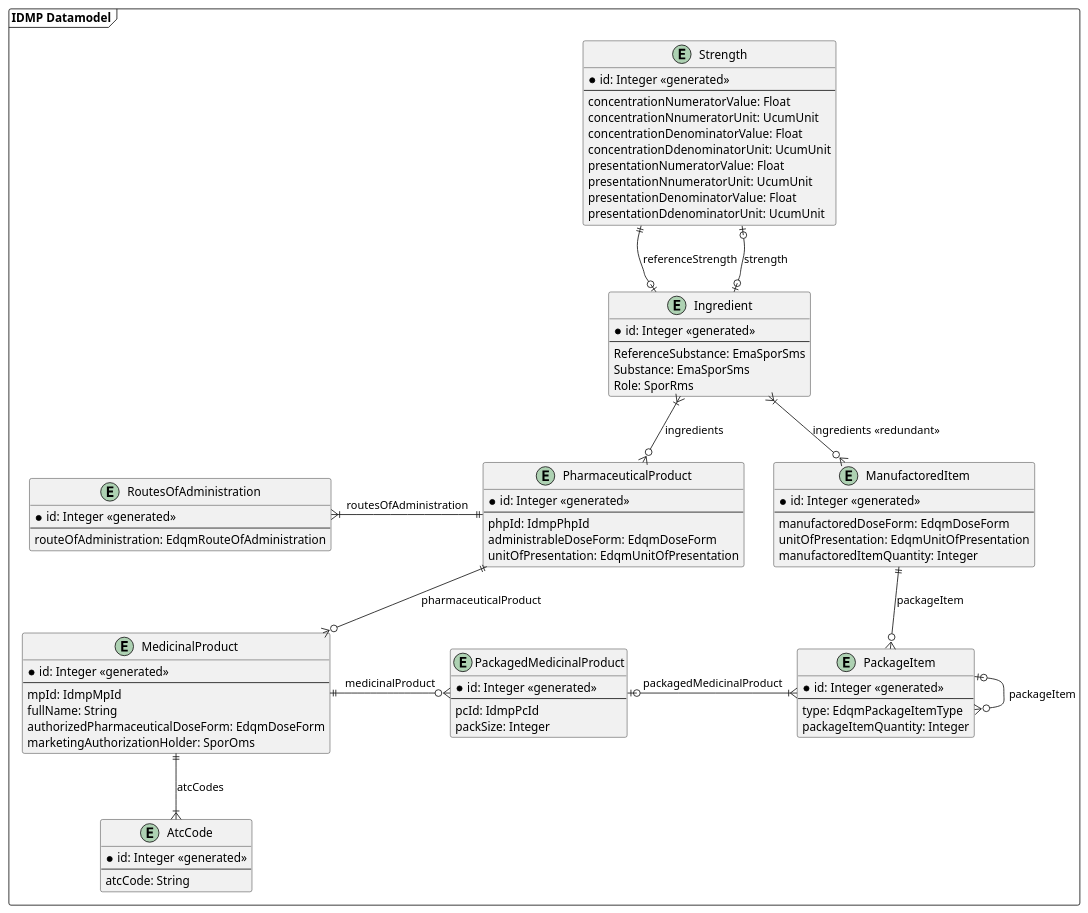
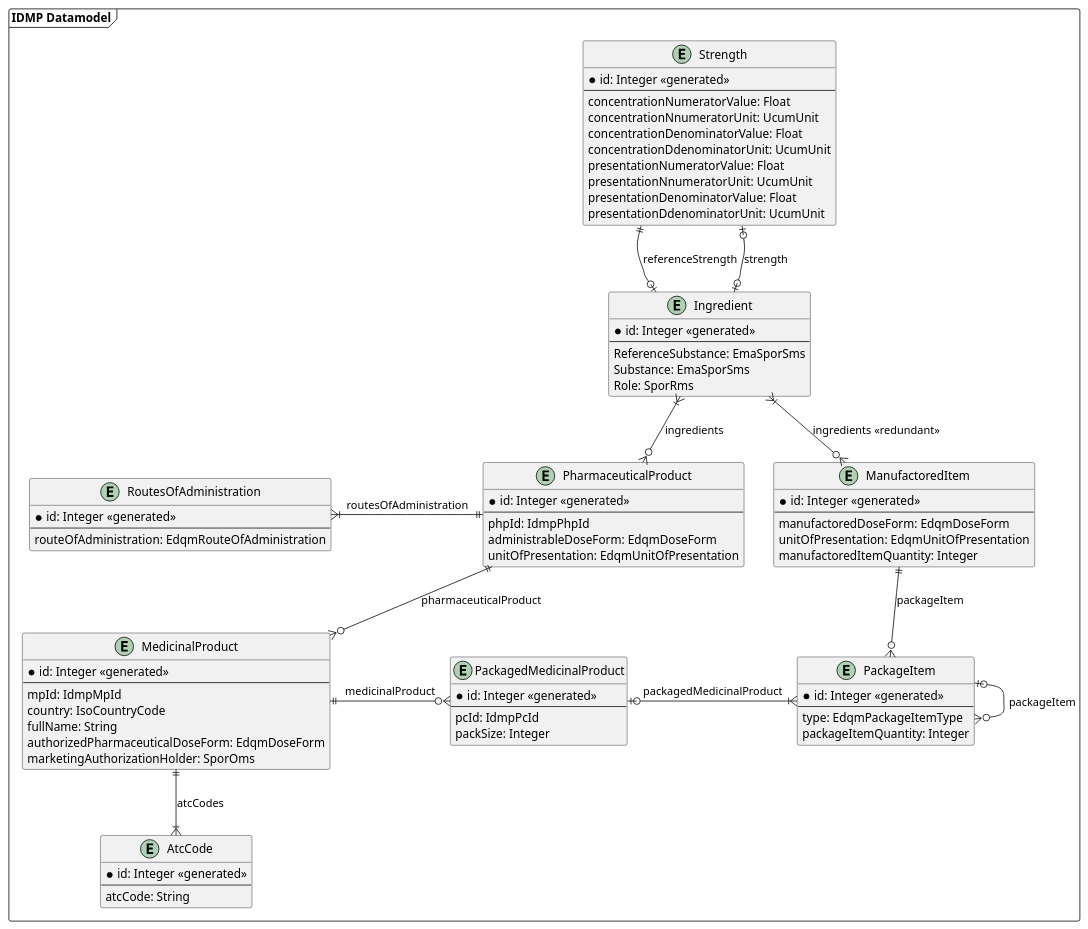
One commit to unicom-project-eu/wp6-db-api changed the diagram in uml/class/datamodelRedesigned.puml. Above: the diagram before and after it, drawn with PlantUML.

Commit message:
Added country to MedicinalProduct

```diff
--- a/uml/class/datamodelRedesigned.puml
+++ b/uml/class/datamodelRedesigned.puml
@@ -1,95 +1,96 @@
 @startuml
 'https://plantuml.com/class-diagram
 
 package "IDMP Datamodel" as idmpDatamodel <<frame>> {
     entity Strength {
         * id: Integer <<generated>>
         --
         concentrationNumeratorValue: Float
         concentrationNnumeratorUnit: UcumUnit
         concentrationDenominatorValue: Float
         concentrationDdenominatorUnit: UcumUnit
         presentationNumeratorValue: Float
         presentationNnumeratorUnit: UcumUnit
         presentationDenominatorValue: Float
         presentationDdenominatorUnit: UcumUnit
     }
 
     entity Ingredient {
         * id: Integer <<generated>>
         --
         ReferenceSubstance: EmaSporSms
         Substance: EmaSporSms
         Role: SporRms
     }
 
     together {
         entity RoutesOfAdministration {
             * id: Integer <<generated>>
             --
             routeOfAdministration: EdqmRouteOfAdministration
         }
 
         entity PharmaceuticalProduct {
             * id: Integer <<generated>>
             --
             phpId: IdmpPhpId
             administrableDoseForm: EdqmDoseForm
             unitOfPresentation: EdqmUnitOfPresentation
         }
     }
 
     entity MedicinalProduct {
         * id: Integer <<generated>>
         --
         mpId: IdmpMpId
+        country: IsoCountryCode
         fullName: String
         authorizedPharmaceuticalDoseForm: EdqmDoseForm
         marketingAuthorizationHolder: SporOms
     }
 
     entity AtcCode {
         * id: Integer <<generated>>
         --
         atcCode: String
     }
 
     entity PackagedMedicinalProduct {
         * id: Integer <<generated>>
         --
         pcId: IdmpPcId
         packSize: Integer
     }
 
     entity PackageItem {
         * id: Integer <<generated>>
         --
         type: EdqmPackageItemType
         packageItemQuantity: Integer
     }
 
     entity ManufactoredItem {
         * id: Integer <<generated>>
         --
         manufactoredDoseForm: EdqmDoseForm
         unitOfPresentation: EdqmUnitOfPresentation
         manufactoredItemQuantity: Integer
     }
 
     MedicinalProduct ||--|{ AtcCode : "atcCodes"
 
     Strength ||--o| Ingredient : "referenceStrength"
     Strength |o--o| Ingredient : "strength"
 
     Ingredient }|-o{ ManufactoredItem : "ingredients <<redundant>>"
     Ingredient }|--o{ PharmaceuticalProduct : "ingredients"
 
     RoutesOfAdministration }|-r-|| PharmaceuticalProduct : "routesOfAdministration"
     PharmaceuticalProduct ||--o{ MedicinalProduct : "pharmaceuticalProduct"
     MedicinalProduct ||-o{ PackagedMedicinalProduct : "medicinalProduct"
     PackagedMedicinalProduct |o-|{ PackageItem : "packagedMedicinalProduct"
     PackageItem |o-o{ PackageItem : "packageItem"
     ManufactoredItem ||--o{ PackageItem : "packageItem"
 }
 
 @enduml
```
